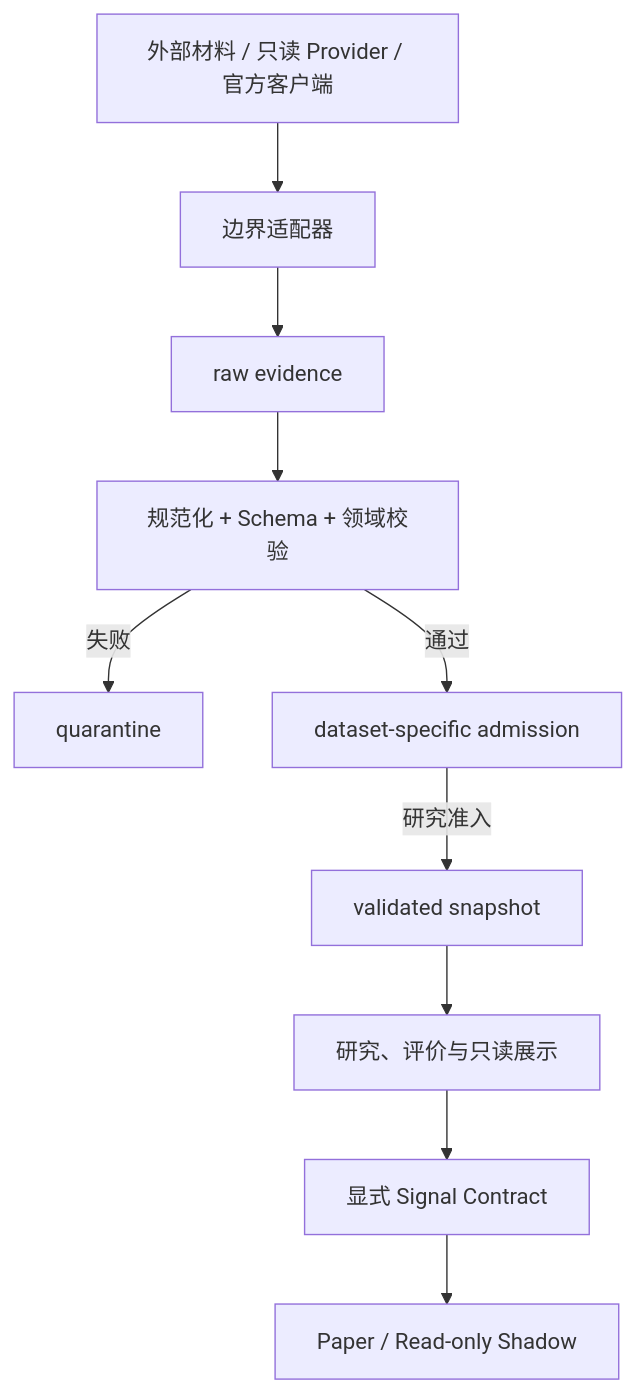
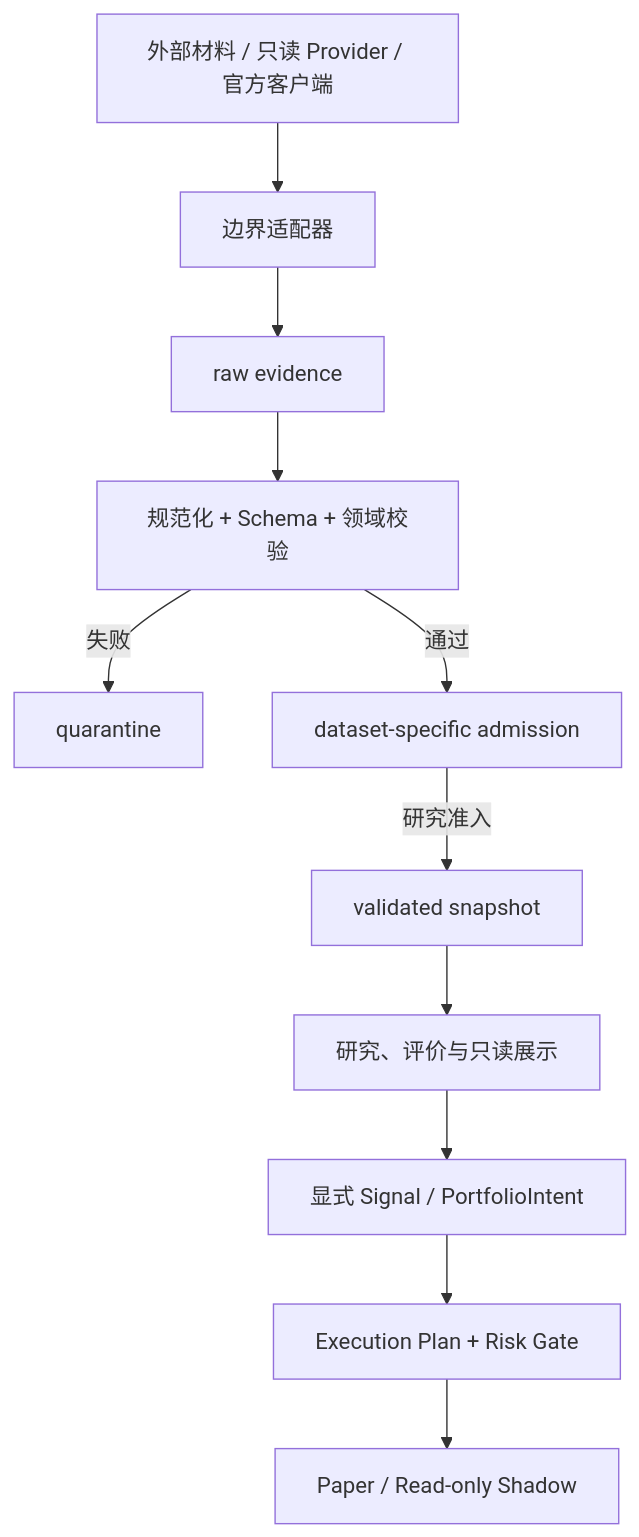
The diagram in docs/ARCHITECTURE.md (menggolight/quant_lim_1), drawn with Mermaid before and after one commit. The commit also changed other lines of this file and 28 other files, not shown here.

````diff
--- a/docs/ARCHITECTURE.md
+++ b/docs/ARCHITECTURE.md
@@ -22,12 +22,13 @@
 ```mermaid
 flowchart TD
     A["外部材料 / 只读 Provider / 官方客户端"] --> B["边界适配器"]
     B --> C["raw evidence"]
     C --> D["规范化 + Schema + 领域校验"]
     D -->|失败| E["quarantine"]
     D -->|通过| F["dataset-specific admission"]
     F -->|研究准入| G["validated snapshot"]
     G --> H["研究、评价与只读展示"]
-    H --> I["显式 Signal Contract"]
-    I --> J["Paper / Read-only Shadow"]
+    H --> I["显式 Signal / PortfolioIntent"]
+    I --> J["Execution Plan + Risk Gate"]
+    J --> K["Paper / Read-only Shadow"]
 ```
````
